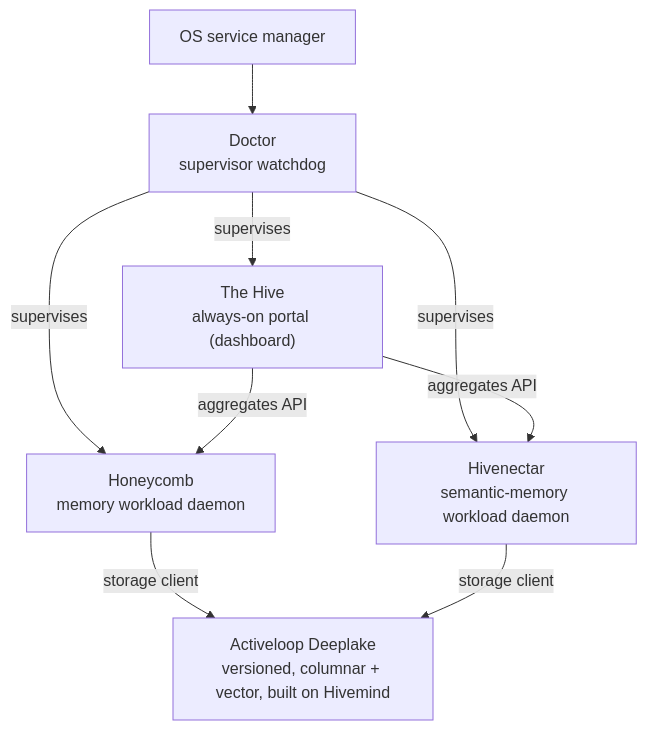
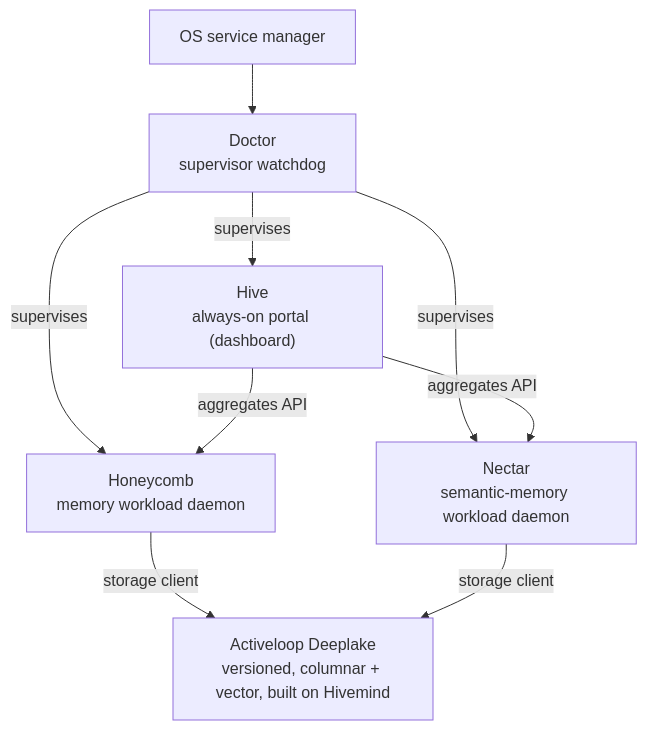
The diagram in README.md (legioncodeinc/the-apiary), drawn with Mermaid before and after one commit. The commit also changed other lines of this file and 13 other files, not shown here.

````diff
--- a/README.md
+++ b/README.md
@@ -54,11 +54,11 @@
 ```mermaid
 flowchart TD
     os["OS service manager"] --> doctor["Doctor<br/>supervisor watchdog"]
-    doctor -->|supervises| hive["The Hive<br/>always-on portal (dashboard)"]
+    doctor -->|supervises| hive["Hive<br/>always-on portal (dashboard)"]
     doctor -->|supervises| comb["Honeycomb<br/>memory workload daemon"]
-    doctor -->|supervises| nectar["Hivenectar<br/>semantic-memory workload daemon"]
+    doctor -->|supervises| nectar["Nectar<br/>semantic-memory workload daemon"]
     hive -->|aggregates API| comb
     hive -->|aggregates API| nectar
     comb -->|storage client| deeplake["Activeloop Deeplake<br/>versioned, columnar + vector, built on Hivemind"]
     nectar -->|storage client| deeplake
 ```
````
